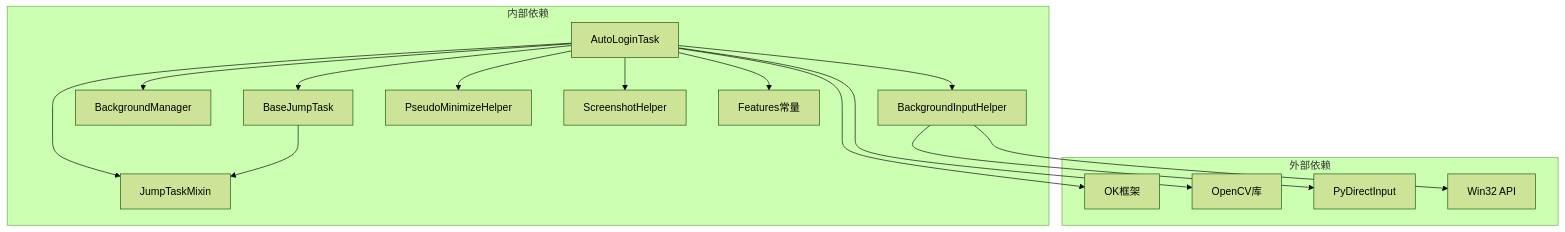
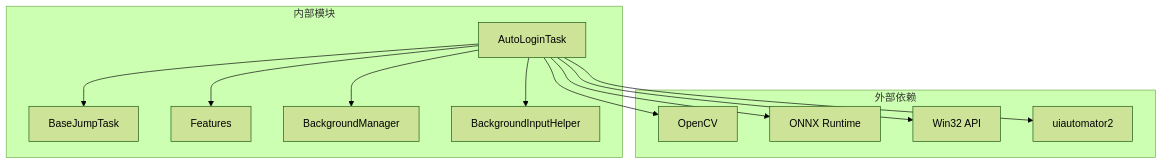
The eighth of 8 diagrams in .qoder/repowiki/zh/content/任务系统/自动登录任务.md (xsy098-max/ok-jump), drawn with Mermaid (forest theme) before and after one commit. The commit also changed other lines of this file and 216 other files, not shown here.

````diff
--- a/.qoder/repowiki/zh/content/任务系统/自动登录任务.md
+++ b/.qoder/repowiki/zh/content/任务系统/自动登录任务.md
@@ -474,31 +329,24 @@
 ```mermaid
 graph TB
 subgraph "外部依赖"
-OKFramework[OK框架]
-OpenCV[OpenCV库]
-PyDirectInput[PyDirectInput]
+OpenCV[OpenCV]
+ONNXRuntime[ONNX Runtime]
 Win32API[Win32 API]
+uiautomator2[uiautomator2]
 end
-subgraph "内部依赖"
+subgraph "内部模块"
 AutoLoginTask[AutoLoginTask]
 BaseJumpTask[BaseJumpTask]
-JumpTaskMixin[JumpTaskMixin]
+Features[Features]
 BackgroundManager[BackgroundManager]
 BackgroundInputHelper[BackgroundInputHelper]
-PseudoMinimizeHelper[PseudoMinimizeHelper]
-ScreenshotHelper[ScreenshotHelper]
-Features[Features常量]
 end
+AutoLoginTask --> OpenCV
+AutoLoginTask --> ONNXRuntime
+AutoLoginTask --> Win32API
+AutoLoginTask --> uiautomator2
 AutoLoginTask --> BaseJumpTask
-AutoLoginTask --> JumpTaskMixin
+AutoLoginTask --> Features
 AutoLoginTask --> BackgroundManager
 AutoLoginTask --> BackgroundInputHelper
-AutoLoginTask --> PseudoMinimizeHelper
-AutoLoginTask --> ScreenshotHelper
-AutoLoginTask --> Features
-BaseJumpTask --> JumpTaskMixin
-BackgroundInputHelper --> Win32API
-BackgroundInputHelper --> PyDirectInput
-AutoLoginTask --> OpenCV
-AutoLoginTask --> OKFramework
 ```
````
